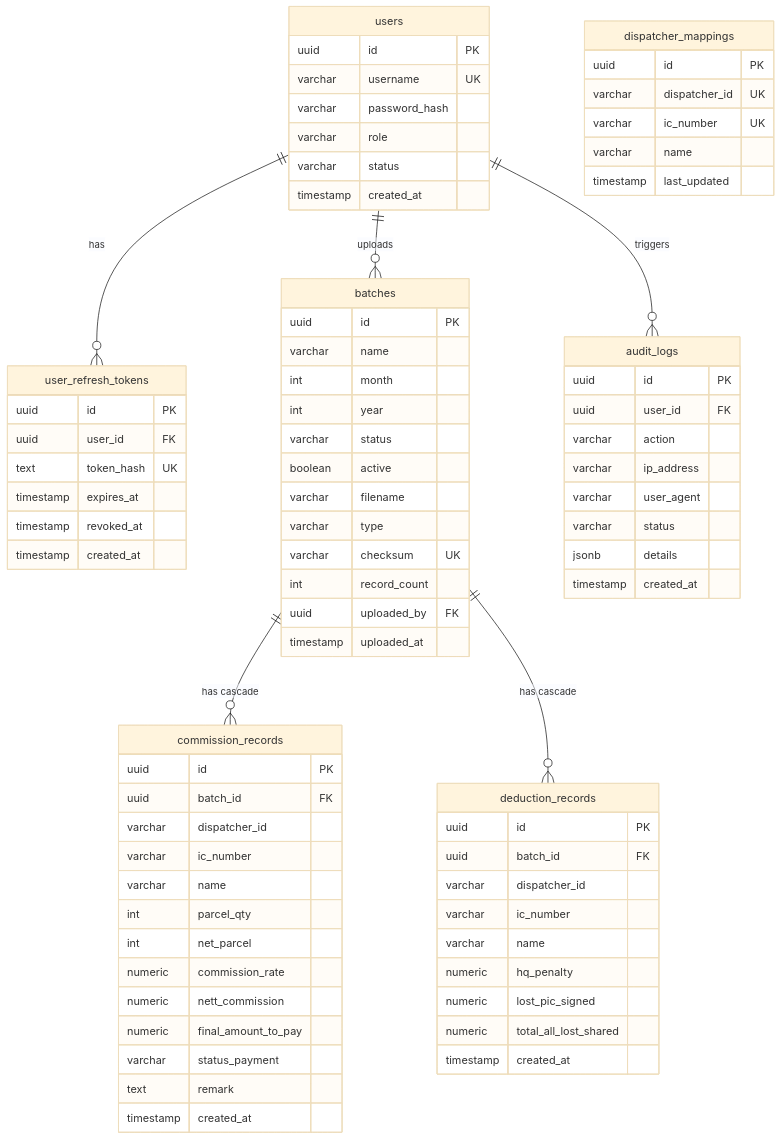
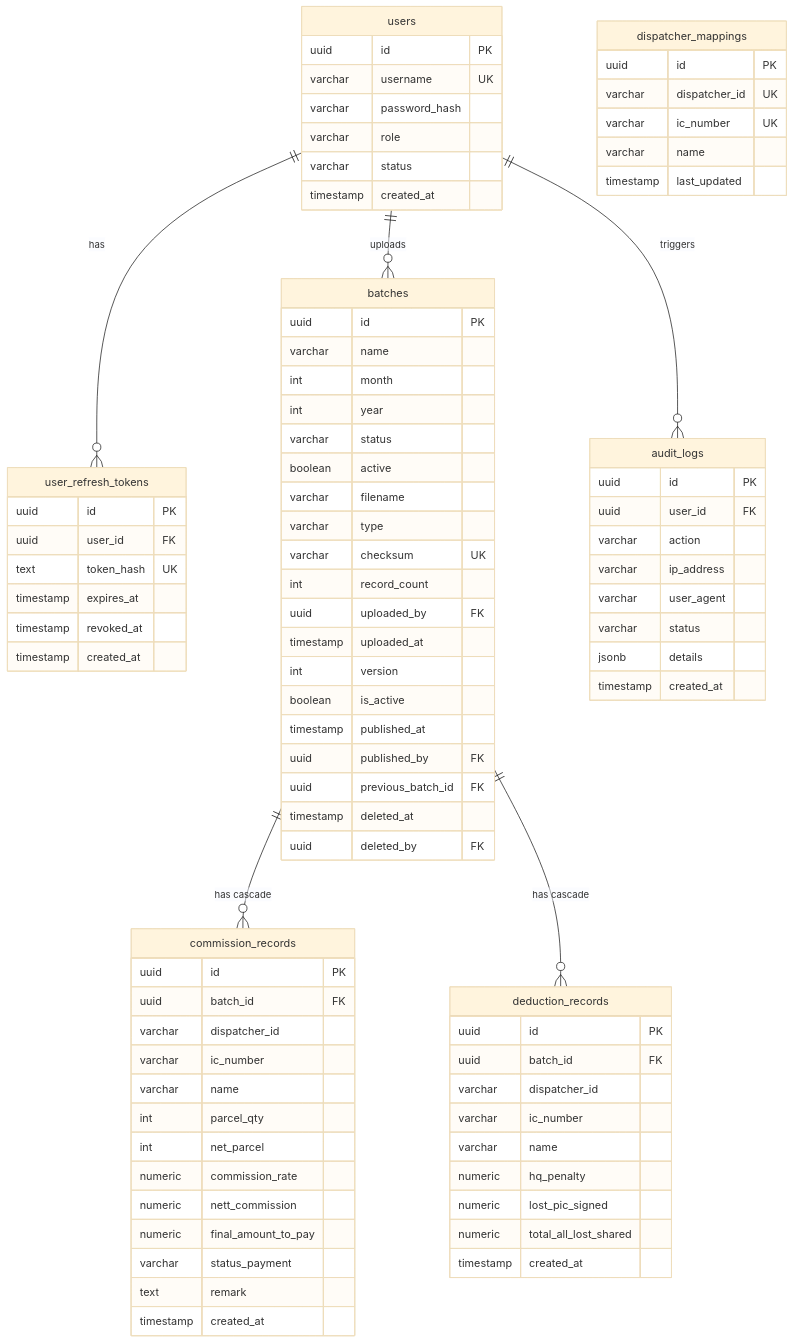
One commit to yukijim/mawar-teraju-commission-system changed the diagram in DATABASE_SCHEMA.md. Above: the diagram before and after it, drawn with Mermaid (base theme). The commit also changed other lines of this file and 11 other files, not shown here.

```diff
--- a/DATABASE_SCHEMA.md
+++ b/DATABASE_SCHEMA.md
@@ -37,6 +37,13 @@
         int record_count
         uuid uploaded_by FK
         timestamp uploaded_at
+        int version
+        boolean is_active
+        timestamp published_at
+        uuid published_by FK
+        uuid previous_batch_id FK
+        timestamp deleted_at
+        uuid deleted_by FK
     }
     dispatcher_mappings {
         uuid id PK
```
